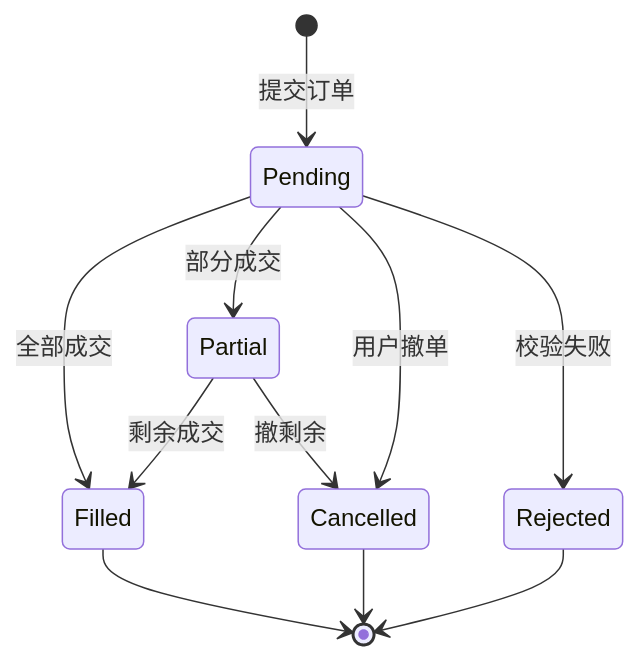
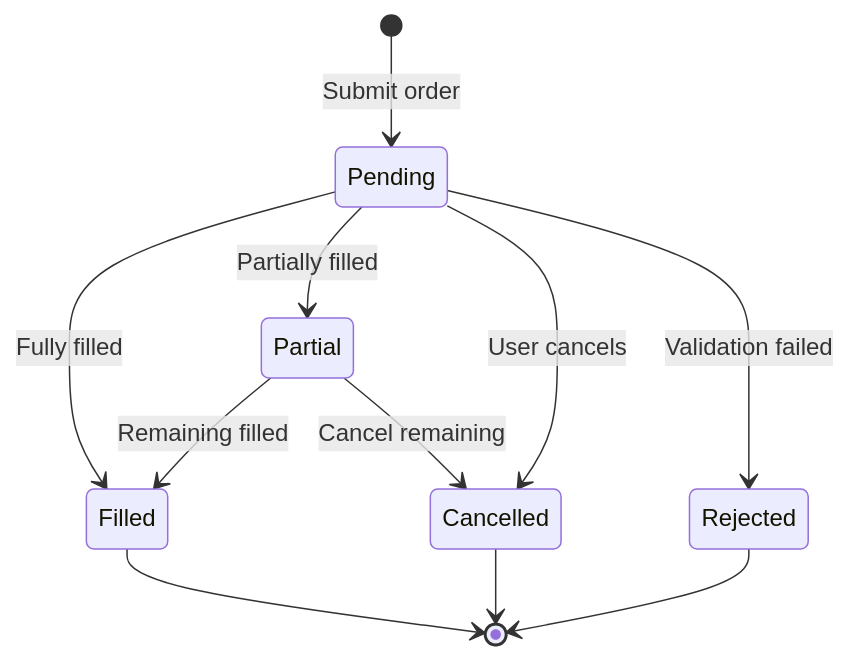
The second of 2 diagrams in docs/prd/epic/06_Broker_Integration.md (ZedeX/nova-invest), drawn with Mermaid before and after one commit. The commit also changed other lines of this file and 42 other files, not shown here.

````diff
--- a/docs/prd/epic/06_Broker_Integration.md
+++ b/docs/prd/epic/06_Broker_Integration.md
@@ -170,13 +170,13 @@
 ```mermaid
 stateDiagram-v2
-    [*] --> Pending: 提交订单
-    Pending --> Filled: 全部成交
-    Pending --> Partial: 部分成交
-    Pending --> Cancelled: 用户撤单
-    Pending --> Rejected: 校验失败
-    Partial --> Filled: 剩余成交
-    Partial --> Cancelled: 撤剩余
+    [*] --> Pending: Submit order
+    Pending --> Filled: Fully filled
+    Pending --> Partial: Partially filled
+    Pending --> Cancelled: User cancels
+    Pending --> Rejected: Validation failed
+    Partial --> Filled: Remaining filled
+    Partial --> Cancelled: Cancel remaining
     Filled --> [*]
     Cancelled --> [*]
     Rejected --> [*]
 ```
````
